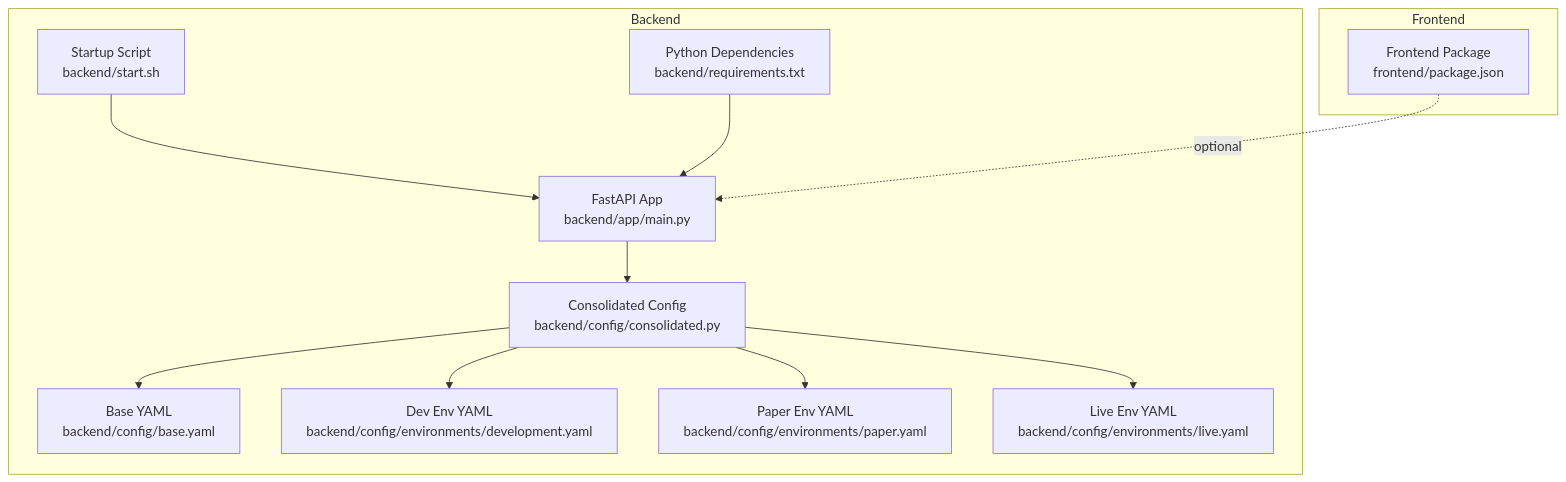
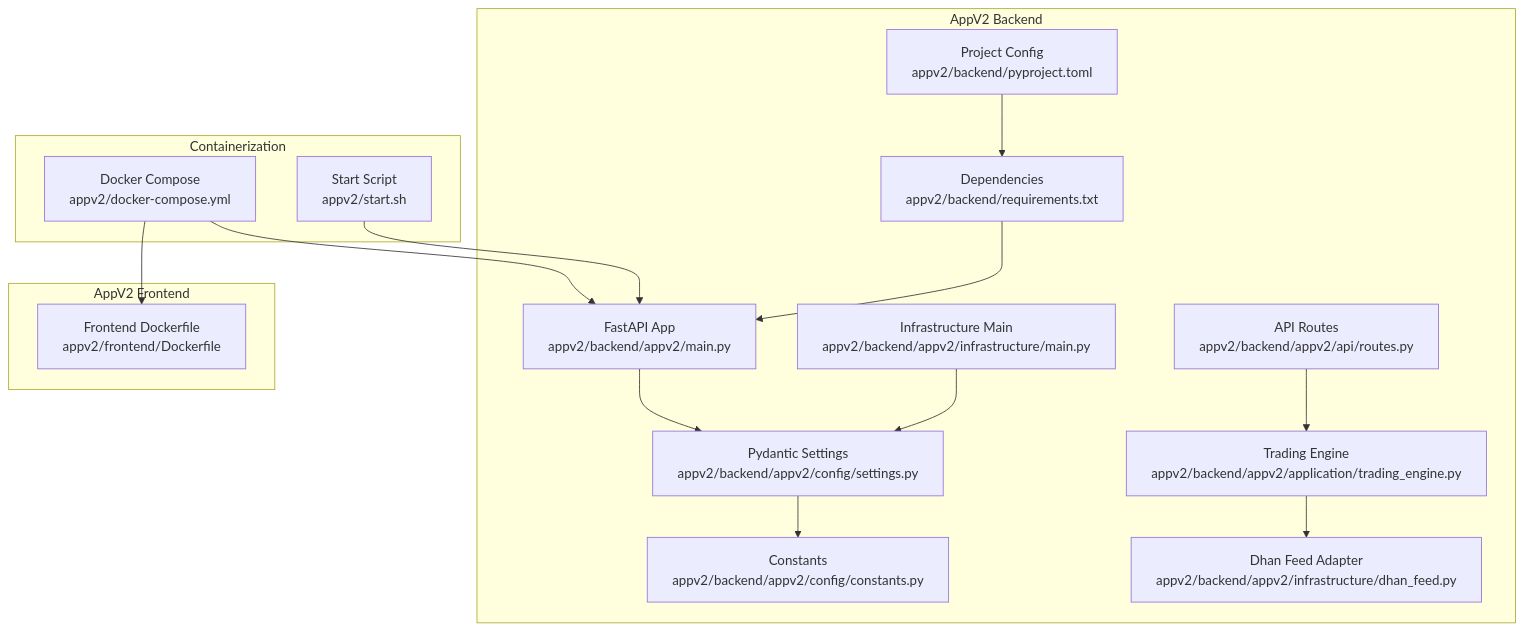
Before and after one commit to gemrajkhatry-maker/v5-of-glassytrade-ai: the first of 4 diagrams in .qoder/repowiki/en/content/Deployment and Operations.md, drawn with Mermaid. The commit also changed other lines of this file and 930 other files, not shown here.

````diff
--- a/.qoder/repowiki/en/content/Deployment and Operations.md
+++ b/.qoder/repowiki/en/content/Deployment and Operations.md
@@ -40,24 +56,31 @@
 ```mermaid
 graph TB
-subgraph "Backend"
-M["FastAPI App<br/>backend/app/main.py"]
-CFG["Consolidated Config<br/>backend/config/consolidated.py"]
-BASE["Base YAML<br/>backend/config/base.yaml"]
-ENV_DEV["Dev Env YAML<br/>backend/config/environments/development.yaml"]
-ENV_PAPER["Paper Env YAML<br/>backend/config/environments/paper.yaml"]
-ENV_LIVE["Live Env YAML<br/>backend/config/environments/live.yaml"]
-START["Startup Script<br/>backend/start.sh"]
-REQ["Python Dependencies<br/>backend/requirements.txt"]
+subgraph "AppV2 Backend"
+MAIN["FastAPI App<br/>appv2/backend/appv2/main.py"]
+INFRA["Infrastructure Main<br/>appv2/backend/appv2/infrastructure/main.py"]
+SETTINGS["Pydantic Settings<br/>appv2/backend/appv2/config/settings.py"]
+CONST["Constants<br/>appv2/backend/appv2/config/constants.py"]
+ROUTES["API Routes<br/>appv2/backend/appv2/api/routes.py"]
+ENGINE["Trading Engine<br/>appv2/backend/appv2/application/trading_engine.py"]
+DHAN["Dhan Feed Adapter<br/>appv2/backend/appv2/infrastructure/dhan_feed.py"]
+REQ["Dependencies<br/>appv2/backend/requirements.txt"]
+PYPROJECT["Project Config<br/>appv2/backend/pyproject.toml"]
 end
-subgraph "Frontend"
-FE_PKG["Frontend Package<br/>frontend/package.json"]
+subgraph "AppV2 Frontend"
+FRONT_DOCKER["Frontend Dockerfile<br/>appv2/frontend/Dockerfile"]
 end
-M --> CFG
-CFG --> BASE
-CFG --> ENV_DEV
-CFG --> ENV_PAPER
-CFG --> ENV_LIVE
-START --> M
-REQ --> M
-FE_PKG -. optional .-> M
+subgraph "Containerization"
+DOCKER_COMPOSE["Docker Compose<br/>appv2/docker-compose.yml"]
+START_SCRIPT["Start Script<br/>appv2/start.sh"]
+end
+MAIN --> SETTINGS
+INFRA --> SETTINGS
+SETTINGS --> CONST
+ROUTES --> ENGINE
+ENGINE --> DHAN
+REQ --> MAIN
+PYPROJECT --> REQ
+DOCKER_COMPOSE --> MAIN
+DOCKER_COMPOSE --> FRONT_DOCKER
+START_SCRIPT --> MAIN
 ```
````
